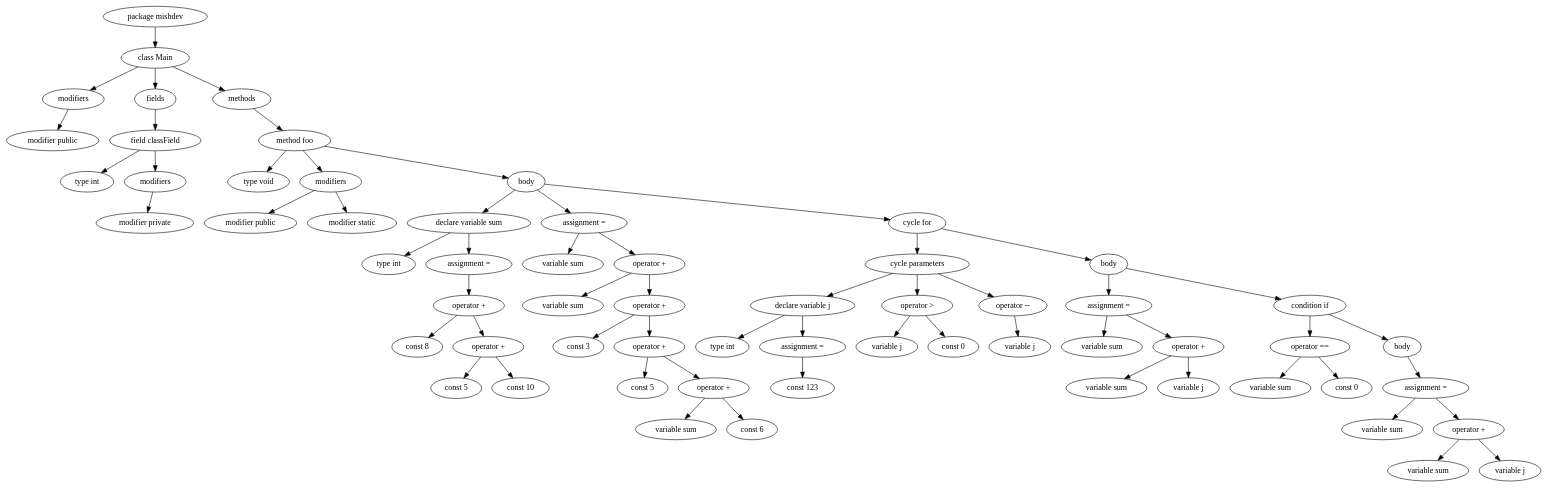
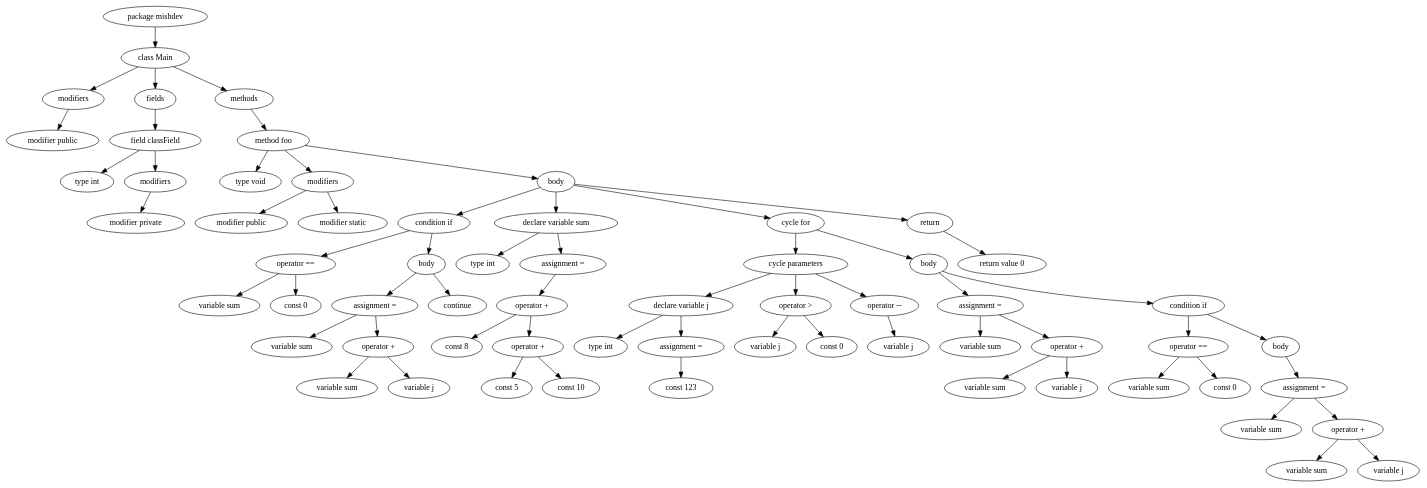
Before and after one commit to MikhailMe/ASTBuilder: the diagram in src/main/resources/ast.dot, drawn with Graphviz. The commit also changed 5 other files, not shown here.

```diff
--- a/src/main/resources/ast.dot
+++ b/src/main/resources/ast.dot
@@ -1,126 +1,130 @@
 digraph{
 3[label="modifier public"];
 2[label="modifiers"];
 9[label="type int"];
 8[label="modifier private"];
 7[label="modifiers"];
 6[label="field classField"];
 4[label="fields"];
 14[label="type void"];
 12[label="modifier public"];
 13[label="modifier static"];
 11[label="modifiers"];
-17[label="type int"];
-20[label="const 8"];
-22[label="const 5"];
-23[label="const 10"];
-21[label="operator +"];
-19[label="operator +"];
-18[label="assignment ="];
-16[label="declare variable sum"];
+19[label="variable sum"];
+20[label="const 0"];
+18[label="operator =="];
+23[label="variable sum"];
 25[label="variable sum"];
-27[label="variable sum"];
-29[label="const 3"];
-31[label="const 5"];
-33[label="variable sum"];
-34[label="const 6"];
-32[label="operator +"];
-30[label="operator +"];
-28[label="operator +"];
-26[label="operator +"];
-24[label="assignment ="];
-39[label="type int"];
-41[label="const 123"];
-40[label="assignment ="];
-38[label="declare variable j"];
-43[label="variable j"];
-44[label="const 0"];
-42[label="operator >"];
-46[label="variable j"];
-45[label="operator --"];
-37[label="cycle parameters"];
-49[label="variable sum"];
-51[label="variable sum"];
-52[label="variable j"];
-50[label="operator +"];
-48[label="assignment ="];
-56[label="variable sum"];
-57[label="const 0"];
-55[label="operator =="];
-60[label="variable sum"];
-62[label="variable sum"];
-63[label="variable j"];
-61[label="operator +"];
-59[label="assignment ="];
-58[label="body"];
-54[label="condition if"];
-47[label="body"];
-36[label="cycle for"];
+26[label="variable j"];
+24[label="operator +"];
+22[label="assignment ="];
+27[label="continue"];
+21[label="body"];
+17[label="condition if"];
+29[label="type int"];
+32[label="const 8"];
+34[label="const 5"];
+35[label="const 10"];
+33[label="operator +"];
+31[label="operator +"];
+30[label="assignment ="];
+28[label="declare variable sum"];
+40[label="type int"];
+42[label="const 123"];
+41[label="assignment ="];
+39[label="declare variable j"];
+44[label="variable j"];
+45[label="const 0"];
+43[label="operator >"];
+47[label="variable j"];
+46[label="operator --"];
+38[label="cycle parameters"];
+50[label="variable sum"];
+52[label="variable sum"];
+53[label="variable j"];
+51[label="operator +"];
+49[label="assignment ="];
+57[label="variable sum"];
+58[label="const 0"];
+56[label="operator =="];
+61[label="variable sum"];
+63[label="variable sum"];
+64[label="variable j"];
+62[label="operator +"];
+60[label="assignment ="];
+59[label="body"];
+55[label="condition if"];
+48[label="body"];
+37[label="cycle for"];
+66[label="return value 0"];
+65[label="return"];
 15[label="body"];
 10[label="method foo"];
 5[label="methods"];
 1[label="class Main"];
 0[label="package mishdev"];
 0 -> 1
 1 -> 2
 2 -> 3
 1 -> 4
 4 -> 6
 6 -> 9
 6 -> 7
 7 -> 8
 1 -> 5
 5 -> 10
 10 -> 14
 10 -> 11
 11 -> 12
 11 -> 13
 10 -> 15
-15 -> 16
-16 -> 17
-16 -> 18
+15 -> 17
+17 -> 18
 18 -> 19
-19 -> 20
-19 -> 21
+18 -> 20
+17 -> 21
 21 -> 22
-21 -> 23
-15 -> 24
+22 -> 23
+22 -> 24
 24 -> 25
 24 -> 26
-26 -> 27
-26 -> 28
+21 -> 27
+15 -> 28
 28 -> 29
 28 -> 30
 30 -> 31
-30 -> 32
-32 -> 33
-32 -> 34
-15 -> 36
-36 -> 37
+31 -> 32
+31 -> 33
+33 -> 34
+33 -> 35
+15 -> 37
 37 -> 38
 38 -> 39
-38 -> 40
-40 -> 41
-37 -> 42
-42 -> 43
-42 -> 44
-37 -> 45
-45 -> 46
-36 -> 47
-47 -> 48
+39 -> 40
+39 -> 41
+41 -> 42
+38 -> 43
+43 -> 44
+43 -> 45
+38 -> 46
+46 -> 47
+37 -> 48
 48 -> 49
-48 -> 50
-50 -> 51
-50 -> 52
-47 -> 54
-54 -> 55
+49 -> 50
+49 -> 51
+51 -> 52
+51 -> 53
+48 -> 55
 55 -> 56
-55 -> 57
-54 -> 58
-58 -> 59
+56 -> 57
+56 -> 58
+55 -> 59
 59 -> 60
-59 -> 61
-61 -> 62
-61 -> 63
+60 -> 61
+60 -> 62
+62 -> 63
+62 -> 64
+15 -> 65
+65 -> 66
 
 }
```
